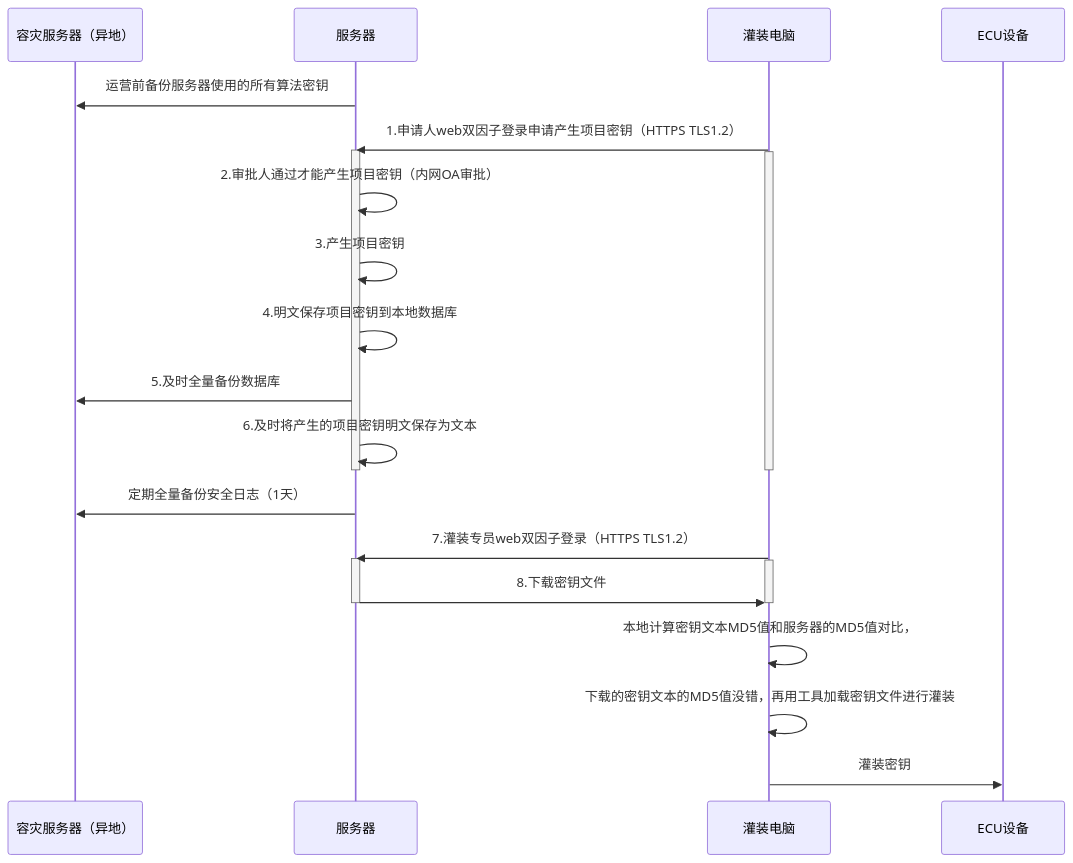
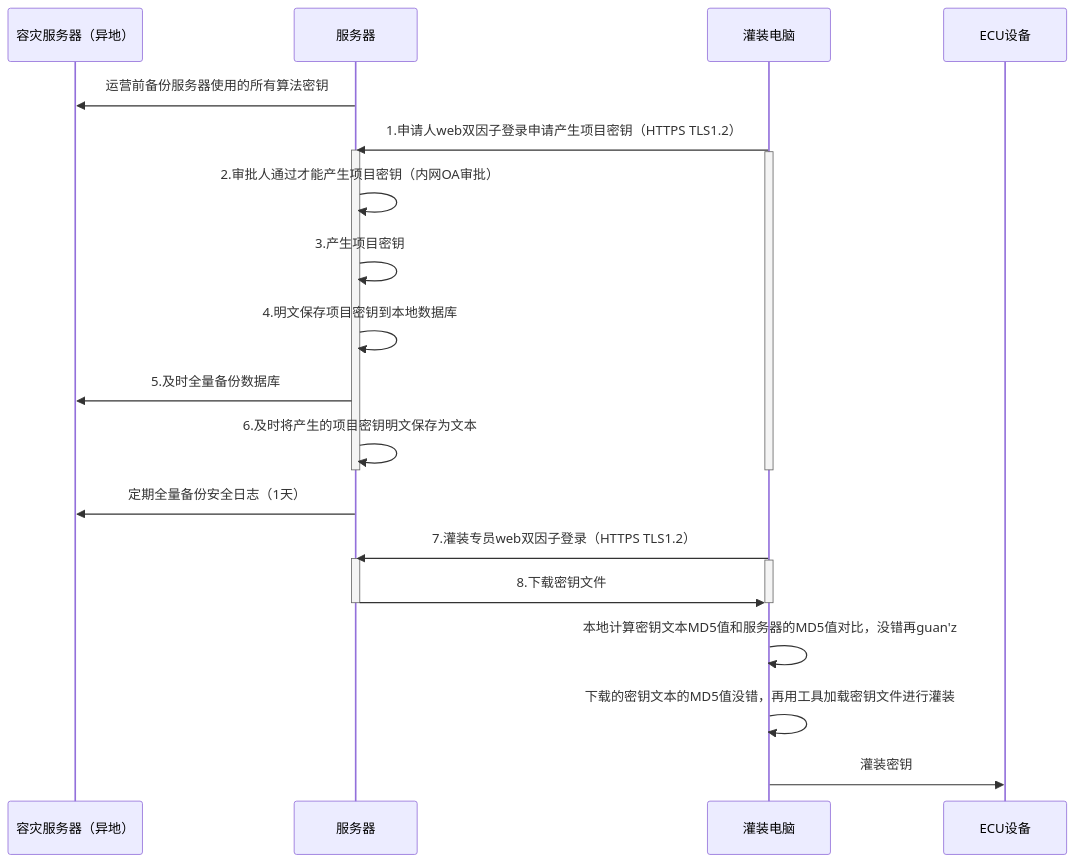
One commit to facebook-cloud/iodraw-files changed the diagram in all/未命名-17.md. Above: the diagram before and after it, drawn with Mermaid.

Commit message:
2026-03-06 09:38:31 update

````diff
--- a/all/未命名-17.md
+++ b/all/未命名-17.md
@@ -1,33 +1,33 @@
 ```mermaid
 sequenceDiagram
     participant A as 容灾服务器（异地）
     participant B as 服务器
     participant D as 灌装电脑
     participant E as ECU设备
 
     B->>A: 运营前备份服务器使用的所有算法密钥
     D->>B: 1.申请人web双因子登录申请产生项目密钥（HTTPS TLS1.2）
     activate B
     activate D
     B->>B: 2.审批人通过才能产生项目密钥（内网OA审批）
     B->>B: 3.产生项目密钥
     B->>B: 4.明文保存项目密钥到本地数据库
     B->>A: 5.及时全量备份数据库
     B->>B: 6.及时将产生的项目密钥明文保存为文本
     deactivate B
     deactivate D
 
     B->>A: 定期全量备份安全日志（1天）
     
     D->>B: 7.灌装专员web双因子登录（HTTPS TLS1.2）
     activate B
     activate D
     B->>D: 8.下载密钥文件
     deactivate B
     deactivate D
 
-    D->>D:本地计算密钥文本MD5值和服务器的MD5值对比，
+    D->>D:本地计算密钥文本MD5值和服务器的MD5值对比，没错再guan'z
     D->>D:下载的密钥文本的MD5值没错，再用工具加载密钥文件进行灌装
     
     D->>E: 灌装密钥
 ```
````
